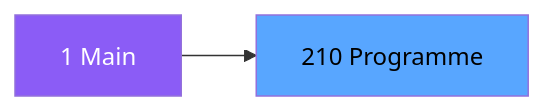
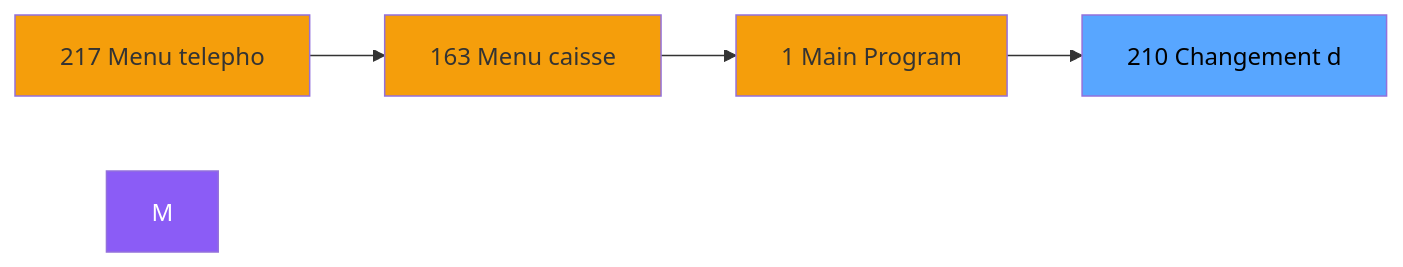
The second of 3 diagrams in .openspec/specs/ADH-IDE-210.md (thonyAGP/magic-migration), drawn with Mermaid before and after one commit. The commit also changed other lines of this file and 323 other files, not shown here.

````diff
--- a/.openspec/specs/ADH-IDE-210.md
+++ b/.openspec/specs/ADH-IDE-210.md
@@ -113,8 +123,15 @@
 ```mermaid
 graph LR
-    M[1 Main]
-    T[210 Programme]
-    M --> T
+    N217[217 Menu telepho]
+    N163[163 Menu caisse ]
+    N1[1 Main Program]
+    T[210 Changement d]
+    N217 --> N163
+    N163 --> N1
+    N1 --> T
     style M fill:#8b5cf6,color:#fff
+    style N217 fill:#f59e0b
+    style N163 fill:#f59e0b
+    style N1 fill:#f59e0b
     style T fill:#58a6ff,color:#000
 ```
````
